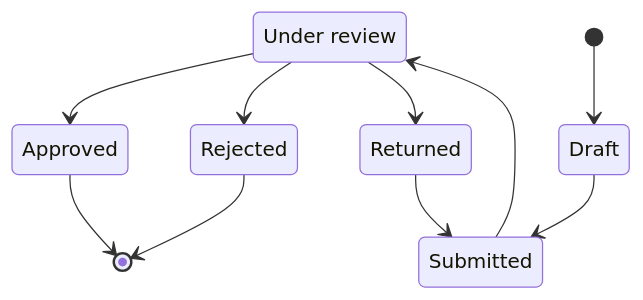
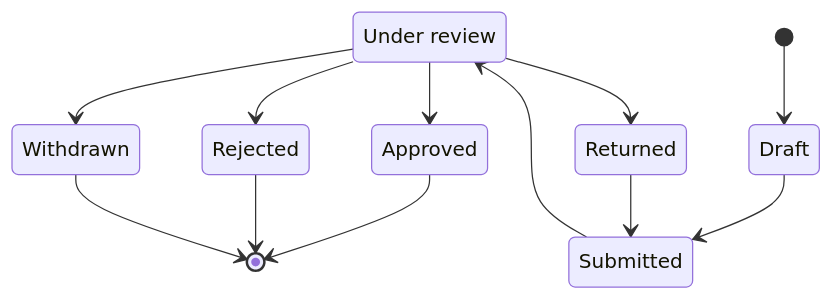
One commit to SPM-T6-Pygmies/spm-212-t6-brain changed the diagram in wiki/domain/event-request.md. Above: the diagram before and after it, drawn with Mermaid. The commit also changed other lines of this file and 42 other files, not shown here.

````diff
--- a/wiki/domain/event-request.md
+++ b/wiki/domain/event-request.md
@@ -46,13 +49,15 @@
 ```mermaid
 stateDiagram-v2
     state "Under review" as UnderReview
     [*] --> Draft
     Draft --> Submitted
     Submitted --> UnderReview
     UnderReview --> Approved
     UnderReview --> Rejected
     UnderReview --> Returned
+    UnderReview --> Withdrawn
     Returned --> Submitted
     Approved --> [*]
     Rejected --> [*]
+    Withdrawn --> [*]
 ```
````
